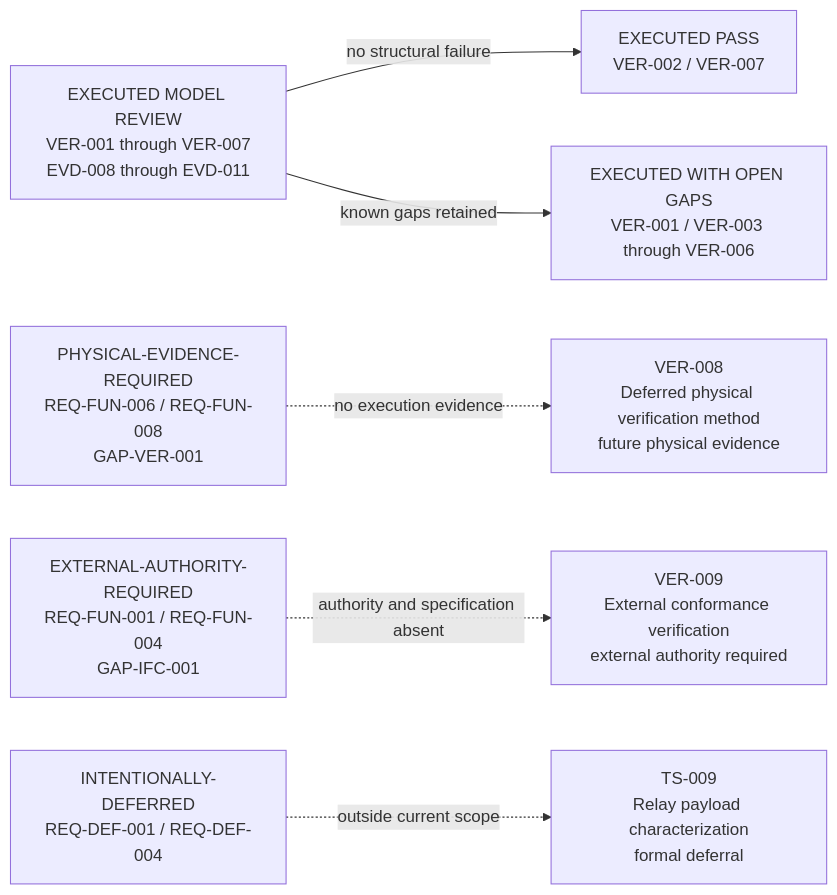
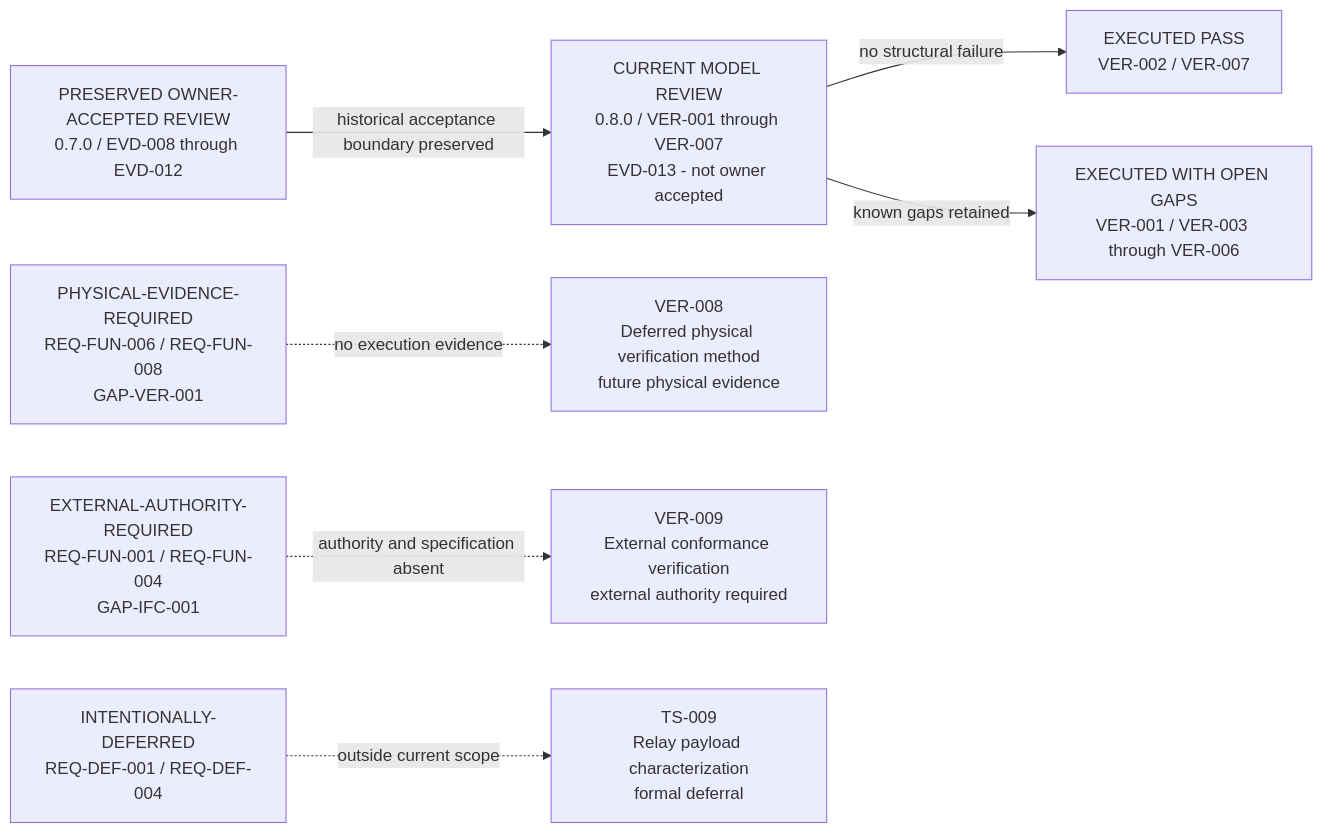
Diagram 20 of 22 in reports/architecture-views.md (noahstephenson/low-cost-relay-uas), drawn with Mermaid before and after one commit. The commit also changed other lines of this file and 11 other files, not shown here.

````diff
--- a/reports/architecture-views.md
+++ b/reports/architecture-views.md
@@ -497,18 +498,20 @@
 ```mermaid
 flowchart LR
     %% Configuration scope: CFG-REP / CFG-DOM with project-scope deferrals
-    EXECUTED["EXECUTED MODEL REVIEW<br/>VER-001 through VER-007<br/>EVD-008 through EVD-011"]
+    ACCEPTED["PRESERVED OWNER-ACCEPTED REVIEW<br/>0.7.0 / EVD-008 through EVD-012"]
+    EXECUTED["CURRENT MODEL REVIEW<br/>0.8.0 / VER-001 through VER-007<br/>EVD-013 - not owner accepted"]
     PASS["EXECUTED PASS<br/>VER-002 / VER-007"]
     OPEN["EXECUTED WITH OPEN GAPS<br/>VER-001 / VER-003 through VER-006"]
     PHYSICAL["PHYSICAL-EVIDENCE-REQUIRED<br/>REQ-FUN-006 / REQ-FUN-008<br/>GAP-VER-001"]
     EXTERNAL["EXTERNAL-AUTHORITY-REQUIRED<br/>REQ-FUN-001 / REQ-FUN-004<br/>GAP-IFC-001"]
     DEFERRED["INTENTIONALLY-DEFERRED<br/>REQ-DEF-001 / REQ-DEF-004"]
     VER_008["VER-008<br/>Deferred physical verification method<br/>future physical evidence"]
     VER_009["VER-009<br/>External conformance verification<br/>external authority required"]
     TS_009["TS-009<br/>Relay payload characterization<br/>formal deferral"]
+    ACCEPTED -->|"historical acceptance boundary preserved"| EXECUTED
     EXECUTED -->|"no structural failure"| PASS
     EXECUTED -->|"known gaps retained"| OPEN
     PHYSICAL -.->|"no execution evidence"| VER_008
     EXTERNAL -.->|"authority and specification absent"| VER_009
     DEFERRED -.->|"outside current scope"| TS_009
 ```
````
